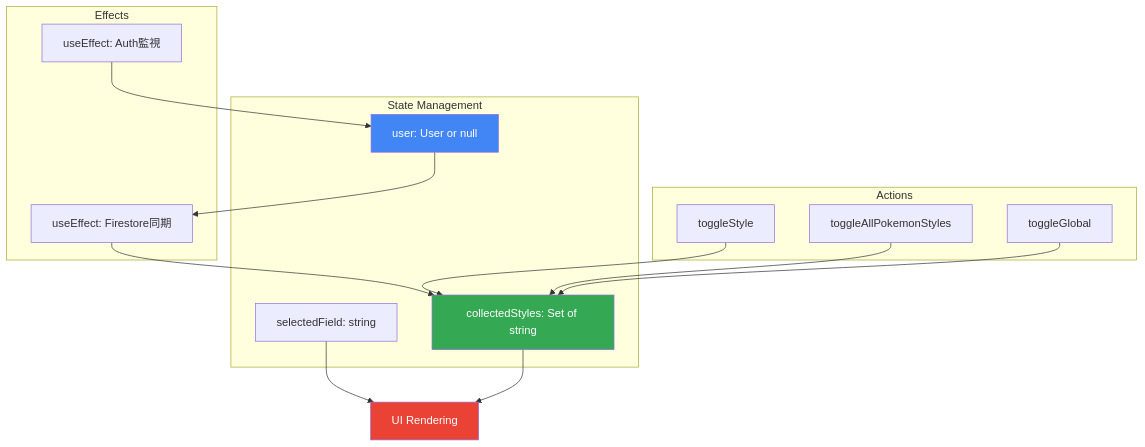
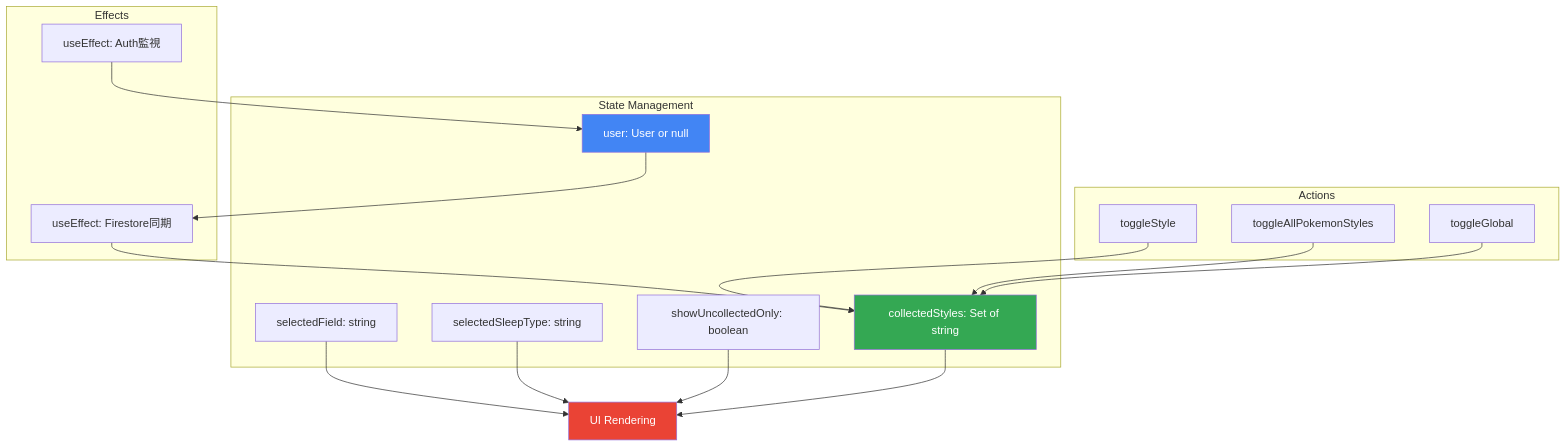
One commit to Kujo-n/pokesleepfaces changed the tenth of 10 diagrams in docs/architecture.md. Above: the diagram before and after it, drawn with Mermaid. The commit also changed 4 other files, not shown here.

````diff
--- a/docs/architecture.md
+++ b/docs/architecture.md
@@ -253,34 +253,38 @@
 ```mermaid
 graph TB
     subgraph "State Management"
         UserState["user: User or null"]
         CollectedState["collectedStyles: Set of string"]
         FilterState["selectedField: string"]
+        SleepTypeState["selectedSleepType: string"]
+        UncollectedState["showUncollectedOnly: boolean"]
     end
     
     subgraph "Effects"
         AuthEffect["useEffect: Auth監視"]
         SyncEffect["useEffect: Firestore同期"]
     end
     
     subgraph "Actions"
         Toggle["toggleStyle"]
         ToggleAll["toggleAllPokemonStyles"]
         ToggleGlobal["toggleGlobal"]
     end
     
     AuthEffect --> UserState
     UserState --> SyncEffect
     SyncEffect --> CollectedState
     
     Toggle --> CollectedState
     ToggleAll --> CollectedState
     ToggleGlobal --> CollectedState
     
     FilterState --> UI["UI Rendering"]
+    SleepTypeState --> UI
+    UncollectedState --> UI
     CollectedState --> UI
     
     style UserState fill:#4285f4,color:#fff
     style CollectedState fill:#34a853,color:#fff
     style UI fill:#ea4335,color:#fff
 ```
````
